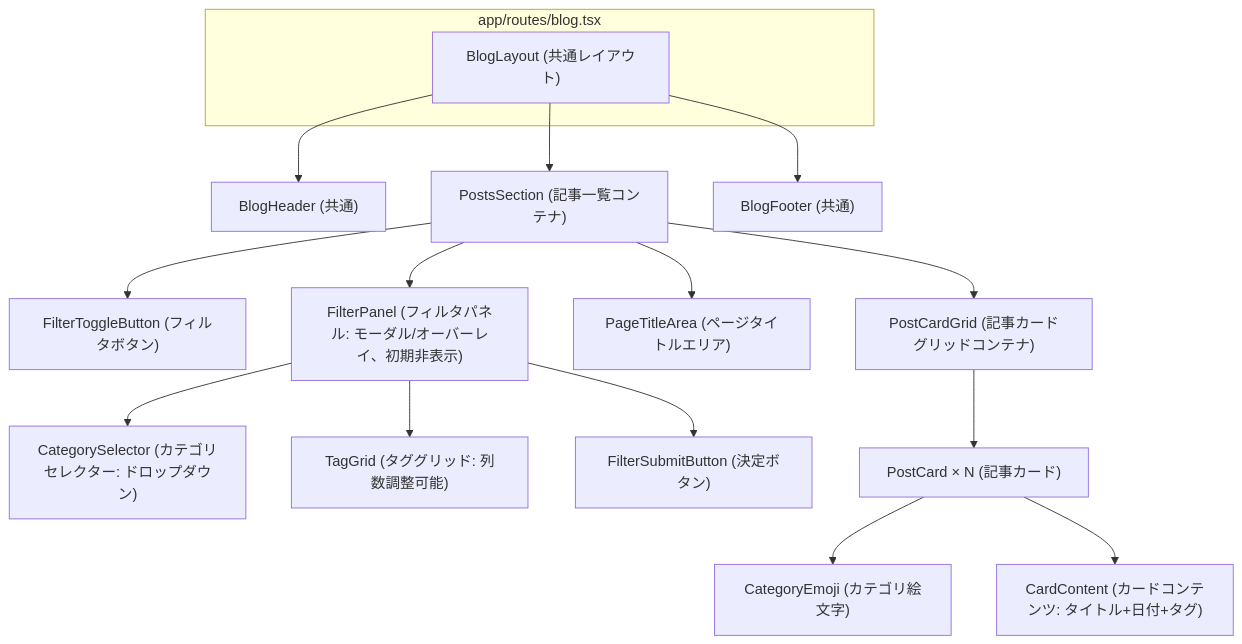
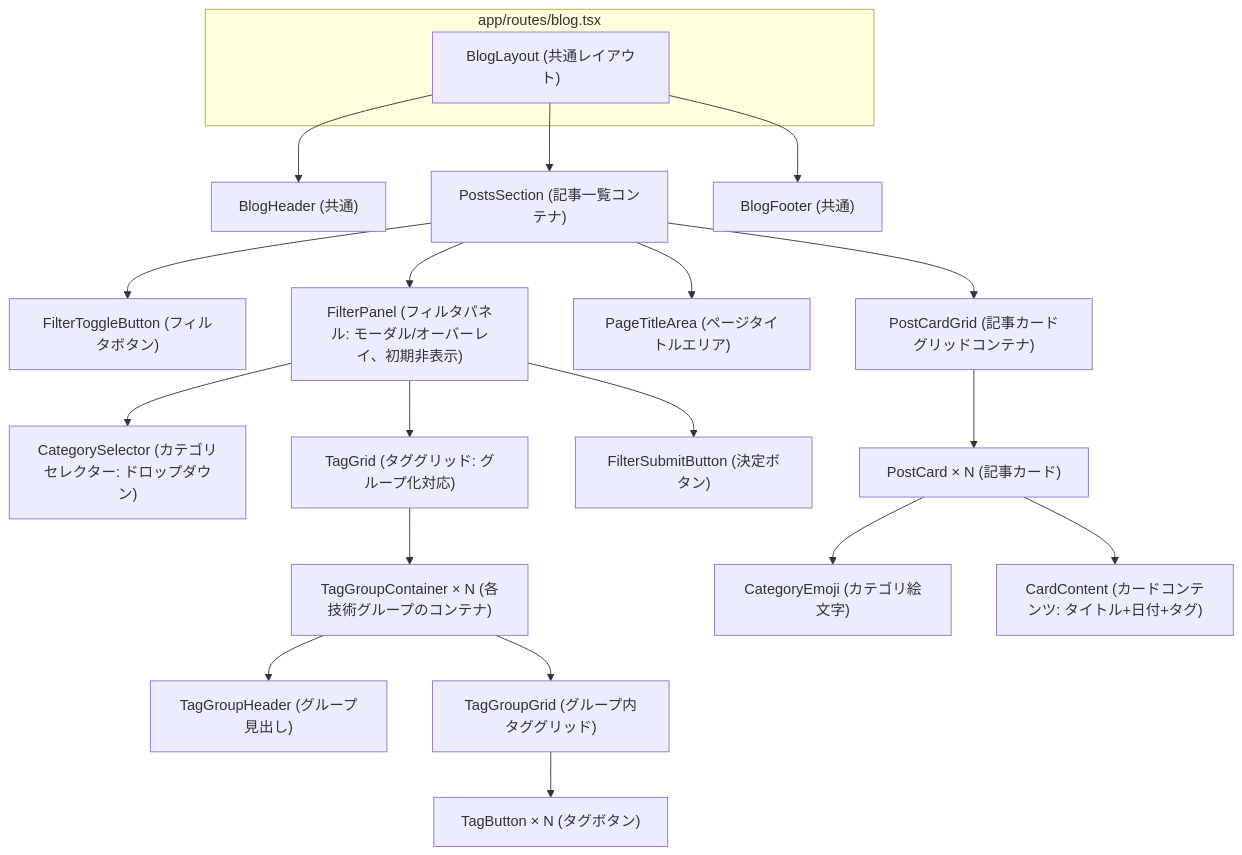
Before and after one commit to tezuka-Akihiro/ClaudeMix: the diagram in develop/blog/posts/uiux-spec.md, drawn with Mermaid. The commit also changed other lines of this file and 5 other files, not shown here.

````diff
--- a/develop/blog/posts/uiux-spec.md
+++ b/develop/blog/posts/uiux-spec.md
@@ -81,24 +81,29 @@
 ```mermaid
 graph TD
     subgraph Page["app/routes/blog.tsx"]
         A["BlogLayout (共通レイアウト)"]
     end
 
     A --> B["BlogHeader (共通)"]
     A --> C["PostsSection (記事一覧コンテナ)"]
     A --> D["BlogFooter (共通)"]
 
     C --> E["FilterToggleButton (フィルタボタン)"]
     C --> F["FilterPanel (フィルタパネル: モーダル/オーバーレイ、初期非表示)"]
     C --> G["PageTitleArea (ページタイトルエリア)"]
     C --> H["PostCardGrid (記事カードグリッドコンテナ)"]
 
     F --> I["CategorySelector (カテゴリセレクター: ドロップダウン)"]
-    F --> J["TagGrid (タググリッド: 列数調整可能)"]
+    F --> J["TagGrid (タググリッド: グループ化対応)"]
     F --> K["FilterSubmitButton (決定ボタン)"]
+
+    J --> J1["TagGroupContainer × N (各技術グループのコンテナ)"]
+    J1 --> J2["TagGroupHeader (グループ見出し)"]
+    J1 --> J3["TagGroupGrid (グループ内タググリッド)"]
+    J3 --> J4["TagButton × N (タグボタン)"]
 
     H --> L["PostCard × N (記事カード)"]
 
     L --> M["CategoryEmoji (カテゴリ絵文字)"]
     L --> N["CardContent (カードコンテンツ: タイトル+日付+タグ)"]
 ```
````
